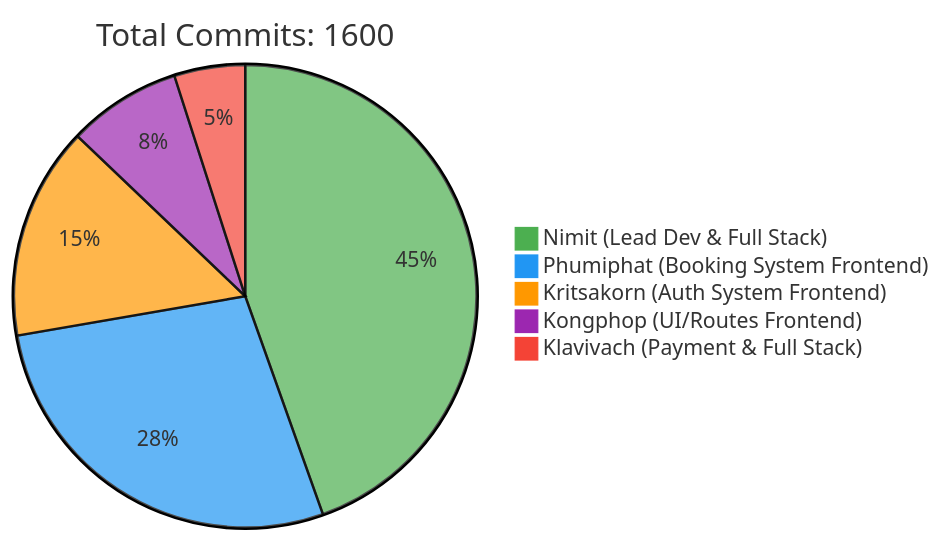
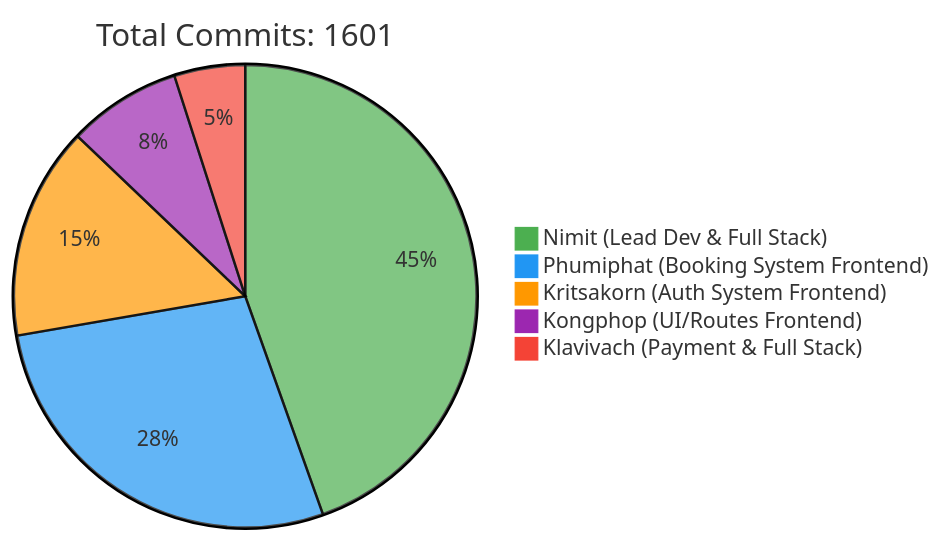
The first of 2 diagrams in README.md (6531503042/Sport-Complex), drawn with Mermaid before and after one commit. The commit also changed other lines of this file, not shown here.

Commit message:
docs: Update contributor statistics [skip ci]

````diff
--- a/README.md
+++ b/README.md
@@ -257,10 +257,10 @@
 ```mermaid
 %%{init: {'theme': 'base', 'themeVariables': { 'pie1': '#4CAF50', 'pie2': '#2196F3', 'pie3': '#FF9800', 'pie4': '#9C27B0', 'pie5': '#F44336'}}}%%
 pie
-    title Total Commits: 1600
+    title Total Commits: 1601
     "Nimit (Lead Dev & Full Stack)" : 450
     "Phumiphat (Booking System Frontend)" : 280
     "Kritsakorn (Auth System Frontend)" : 150
     "Kongphop (UI/Routes Frontend)" : 80
     "Klavivach (Payment & Full Stack)" : 50
 ```
````
